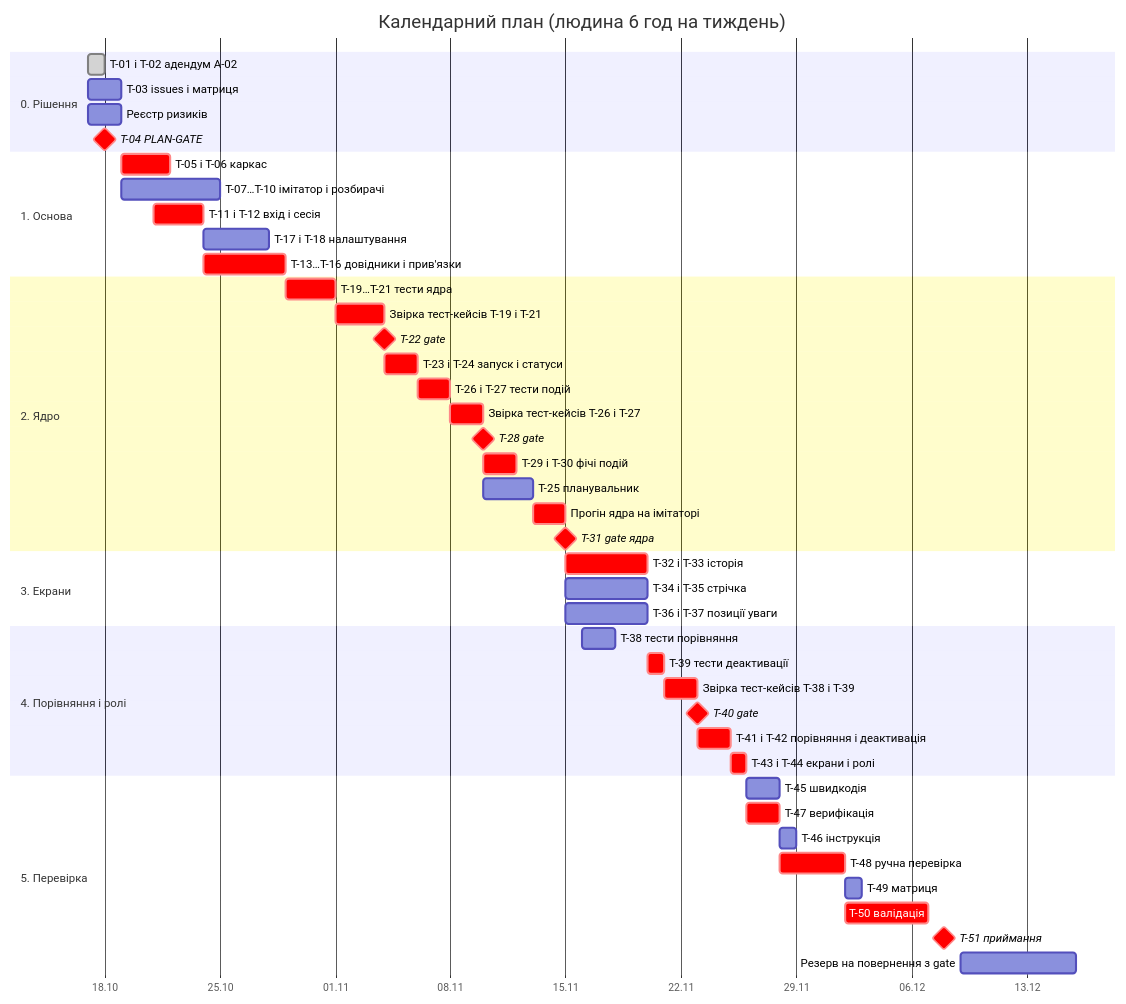
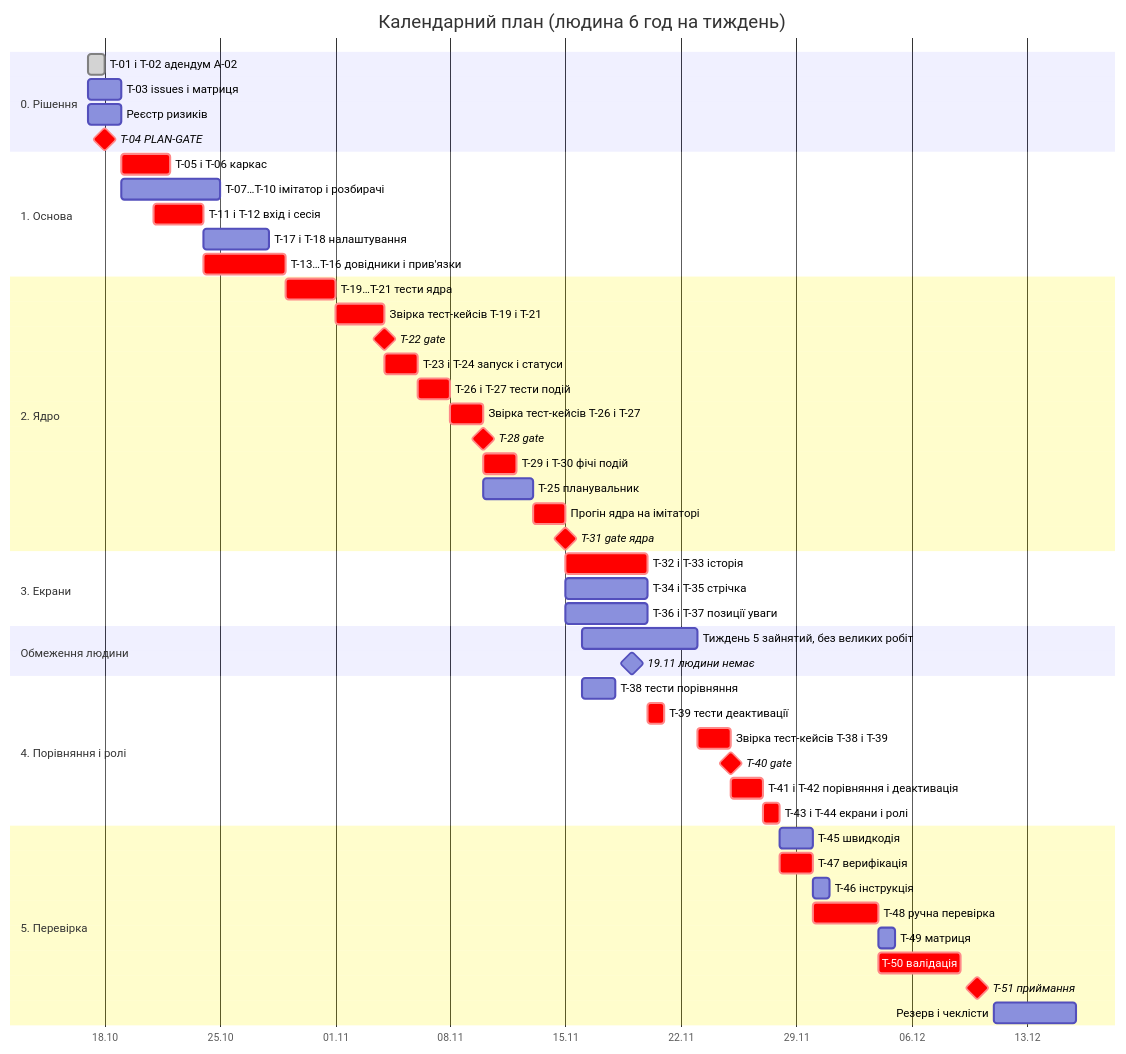
Before and after one commit to lrijht/supplier-price-monitoring-is: the diagram in docs/plan.md, drawn with Mermaid. The commit also changed other lines of this file and 2 other files, not shown here.

First line of the commit message:
docs: add risk register and apply PLAN-GATE risk decisions

````diff
--- a/docs/plan.md
+++ b/docs/plan.md
@@ -87,56 +96,60 @@
 ```mermaid
 gantt
     title Календарний план (людина 6 год на тиждень)
     dateFormat YYYY-MM-DD
     axisFormat %d.%m
     todayMarker off
 
     section 0. Рішення
     T-01 і T-02 адендум A-02          :done, t01, 2026-10-17, 1d
     T-03 issues і матриця             :t03, 2026-10-17, 2d
     Реєстр ризиків                    :rr, 2026-10-17, 2d
     T-04 PLAN-GATE                    :milestone, crit, g04, 2026-10-18, 0d
 
     section 1. Основа
     T-05 і T-06 каркас                :crit, t05, 2026-10-19, 3d
     T-07…T-10 імітатор і розбирачі    :t07, 2026-10-19, 6d
     T-11 і T-12 вхід і сесія          :crit, t11, 2026-10-21, 3d
     T-17 і T-18 налаштування          :t17, 2026-10-24, 4d
     T-13…T-16 довідники і прив'язки   :crit, t13, 2026-10-24, 5d
 
     section 2. Ядро
     T-19…T-21 тести ядра              :crit, t19, 2026-10-29, 3d
     Звірка тест-кейсів T-19 і T-21    :crit, r22, 2026-11-01, 3d
     T-22 gate                         :milestone, crit, g22, 2026-11-04, 0d
     T-23 і T-24 запуск і статуси      :crit, t23, 2026-11-04, 2d
     T-26 і T-27 тести подій           :crit, t26, 2026-11-06, 2d
     Звірка тест-кейсів T-26 і T-27    :crit, r28, 2026-11-08, 2d
     T-28 gate                         :milestone, crit, g28, 2026-11-10, 0d
     T-29 і T-30 фічі подій            :crit, t29, 2026-11-10, 2d
     T-25 планувальник                 :t25, 2026-11-10, 3d
     Прогін ядра на імітаторі          :crit, r31, 2026-11-13, 2d
     T-31 gate ядра                    :milestone, crit, g31, 2026-11-15, 0d
 
     section 3. Екрани
     T-32 і T-33 історія               :crit, t32, 2026-11-15, 5d
     T-34 і T-35 стрічка               :t34, 2026-11-15, 5d
     T-36 і T-37 позиції уваги         :t36, 2026-11-15, 5d
 
+    section Обмеження людини
+    Тиждень 5 зайнятий, без великих робіт :busy, 2026-11-16, 7d
+    19.11 людини немає                :milestone, away, 2026-11-19, 0d
+
     section 4. Порівняння і ролі
     T-38 тести порівняння             :t38, 2026-11-16, 2d
     T-39 тести деактивації            :crit, t39, 2026-11-20, 1d
-    Звірка тест-кейсів T-38 і T-39    :crit, r40, 2026-11-21, 2d
-    T-40 gate                         :milestone, crit, g40, 2026-11-23, 0d
-    T-41 і T-42 порівняння і деактивація :crit, t41, 2026-11-23, 2d
-    T-43 і T-44 екрани і ролі         :crit, t43, 2026-11-25, 1d
+    Звірка тест-кейсів T-38 і T-39    :crit, r40, 2026-11-23, 2d
+    T-40 gate                         :milestone, crit, g40, 2026-11-25, 0d
+    T-41 і T-42 порівняння і деактивація :crit, t41, 2026-11-25, 2d
+    T-43 і T-44 екрани і ролі         :crit, t43, 2026-11-27, 1d
 
     section 5. Перевірка
-    T-45 швидкодія                    :t45, 2026-11-26, 2d
-    T-47 верифікація                  :crit, t47, 2026-11-26, 2d
-    T-46 інструкція                   :t46, 2026-11-28, 1d
-    T-48 ручна перевірка              :crit, t48, 2026-11-28, 4d
-    T-49 матриця                      :t49, 2026-12-02, 1d
-    T-50 валідація                    :crit, t50, 2026-12-02, 5d
-    T-51 приймання                    :milestone, crit, g51, 2026-12-08, 0d
-    Резерв на повернення з gate       :res, 2026-12-09, 7d
+    T-45 швидкодія                    :t45, 2026-11-28, 2d
+    T-47 верифікація                  :crit, t47, 2026-11-28, 2d
+    T-46 інструкція                   :t46, 2026-11-30, 1d
+    T-48 ручна перевірка              :crit, t48, 2026-11-30, 4d
+    T-49 матриця                      :t49, 2026-12-04, 1d
+    T-50 валідація                    :crit, t50, 2026-12-04, 5d
+    T-51 приймання                    :milestone, crit, g51, 2026-12-10, 0d
+    Резерв і чеклісти                 :res, 2026-12-11, 5d
 ```
````
